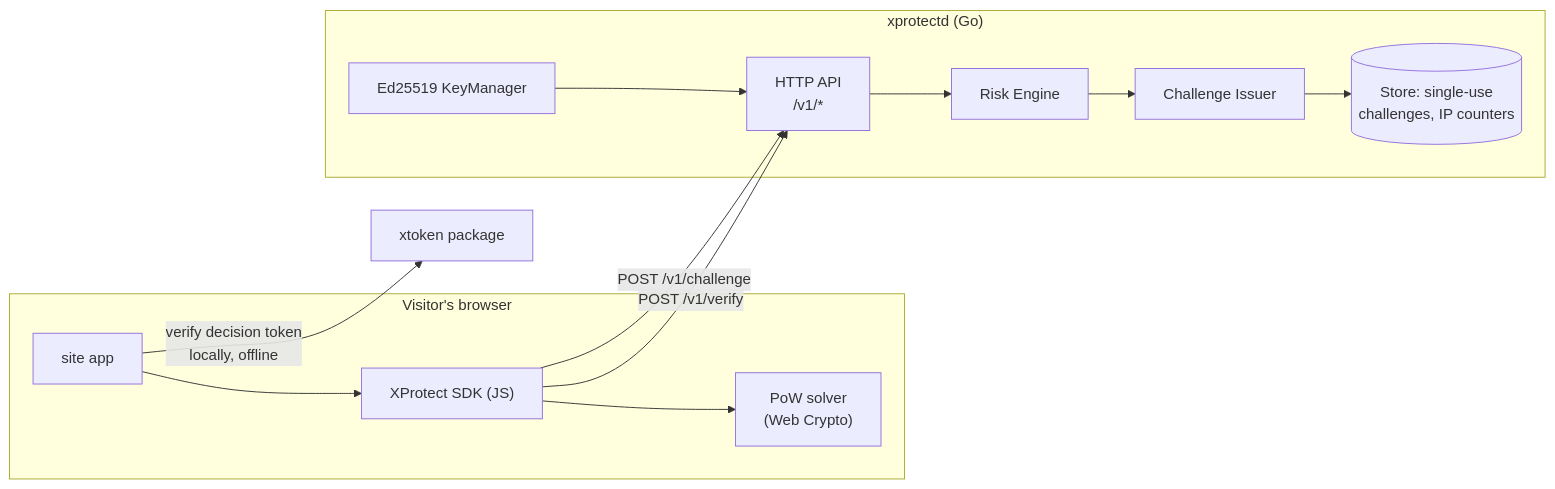
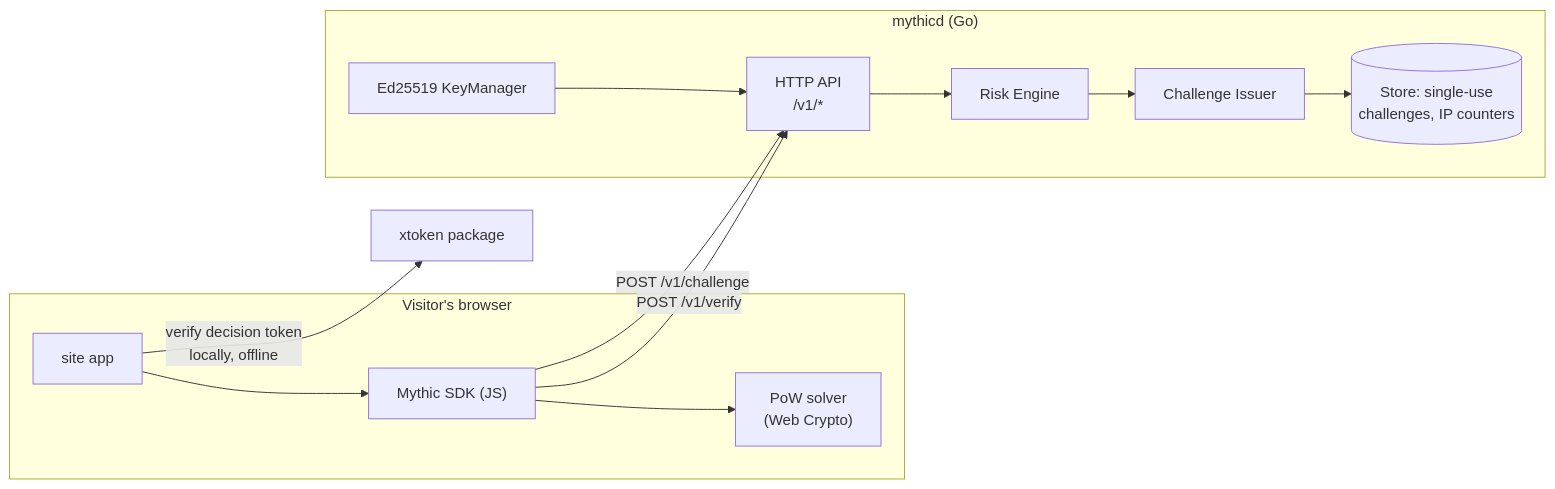
The diagram in docs/ARCHITECTURE.md (xeylabs/mythic), drawn with Mermaid before and after one commit. The commit also changed other lines of this file and 38 other files, not shown here.

First line of the commit message:
chore: rename XProtect → Mythic

````diff
--- a/docs/ARCHITECTURE.md
+++ b/docs/ARCHITECTURE.md
@@ -8,18 +8,18 @@
 ```mermaid
 flowchart LR
     subgraph client["Visitor's browser"]
-        S[site app] --> SDK["XProtect SDK (JS)"]
+        S[site app] --> SDK["Mythic SDK (JS)"]
         SDK --> W["PoW solver\n(Web Crypto)"]
     end
 
-    subgraph edge["xprotectd (Go)"]
+    subgraph edge["mythicd (Go)"]
         API[HTTP API\n/v1/*] --> RE[Risk Engine]
         RE --> CI[Challenge Issuer]
         CI --> ST[(Store: single-use\nchallenges, IP counters)]
         KM[Ed25519 KeyManager] --> API
     end
 
     SDK -->|"POST /v1/challenge"| API
     SDK -->|"POST /v1/verify"| API
     S -->|"verify decision token\nlocally, offline"| KM2[xtoken package]
 ```
````
